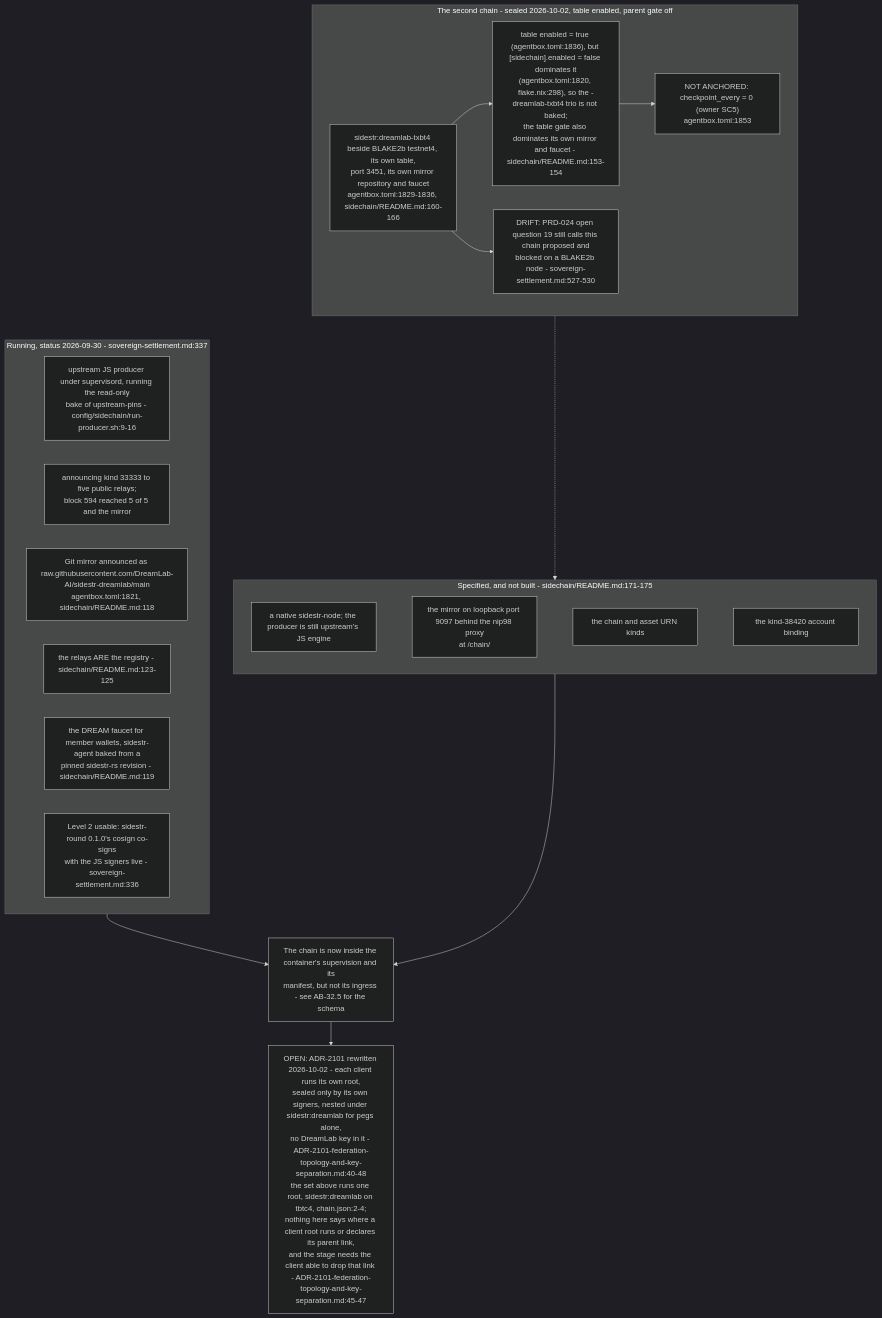
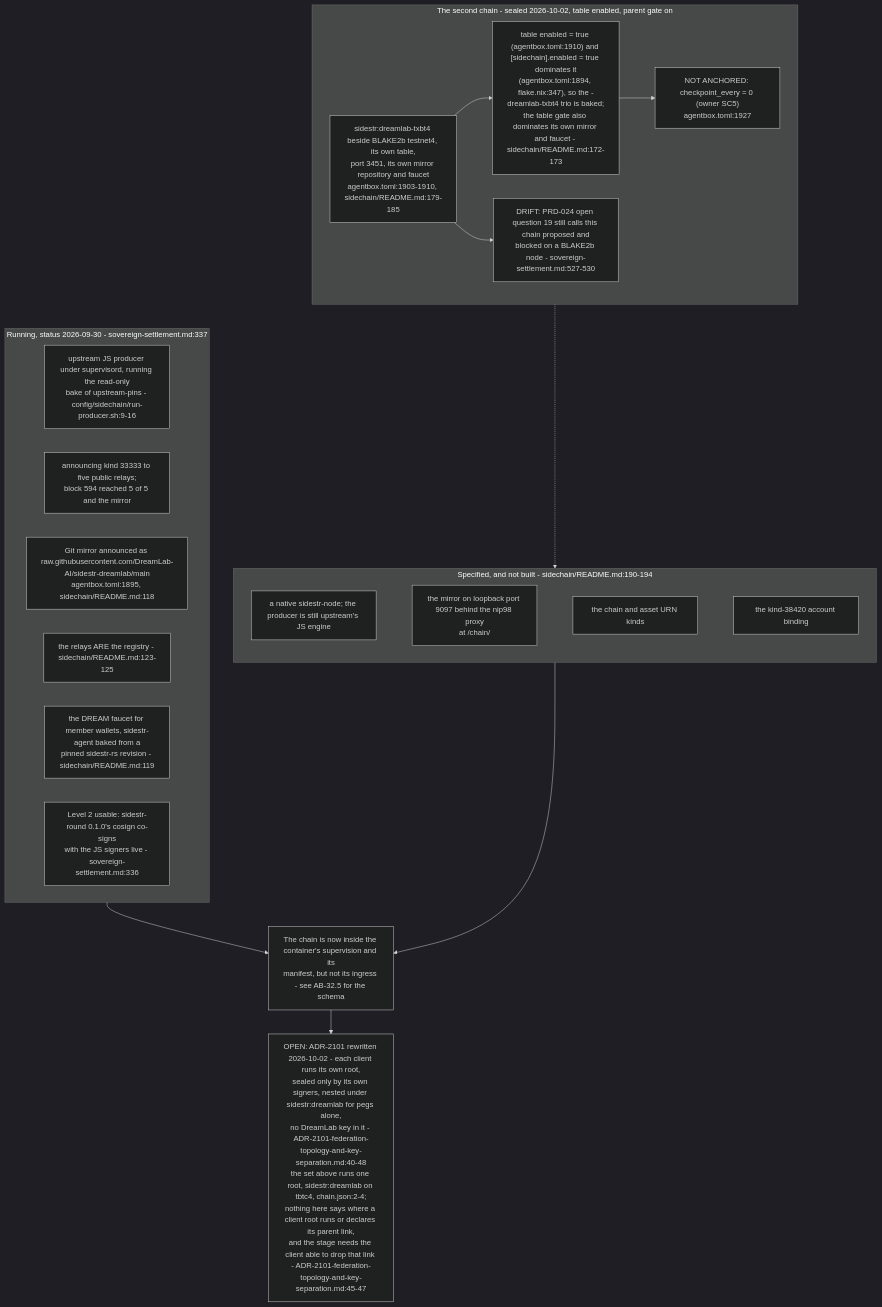
The fifth of 6 diagrams in docs/diagrams/agentbox/34-sidestr-interim-producer-and-mirror.md (DreamLab-AI/VisionFlow), drawn with Mermaid (dark theme) before and after one commit. The commit also changed other lines of this file and 160 other files, not shown here.

````diff
--- a/docs/diagrams/agentbox/34-sidestr-interim-producer-and-mirror.md
+++ b/docs/diagrams/agentbox/34-sidestr-interim-producer-and-mirror.md
@@ -212,30 +214,30 @@
 ```mermaid
 flowchart TB
     subgraph now["Running, status 2026-09-30 - sovereign-settlement.md:337"]
         N1["upstream JS producer under supervisord, running the read-only<br/>bake of upstream-pins - config/sidechain/run-producer.sh:9-16"]
         N2["announcing kind 33333 to five public relays;<br/>block 594 reached 5 of 5 and the mirror"]
-        N3["Git mirror announced as raw.githubusercontent.com/DreamLab-AI/sidestr-dreamlab/main<br/>agentbox.toml:1821, sidechain/README.md:118"]
+        N3["Git mirror announced as raw.githubusercontent.com/DreamLab-AI/sidestr-dreamlab/main<br/>agentbox.toml:1895, sidechain/README.md:118"]
         N4["the relays ARE the registry - sidechain/README.md:123-125"]
         N5["the DREAM faucet for member wallets, sidestr-agent baked from a<br/>pinned sidestr-rs revision - sidechain/README.md:119"]
         N6["Level 2 usable: sidestr-round 0.1.0's cosign co-signs<br/>with the JS signers live - sovereign-settlement.md:336"]
     end
-    subgraph spec["Specified, and not built - sidechain/README.md:171-175"]
+    subgraph spec["Specified, and not built - sidechain/README.md:190-194"]
         S2["a native sidestr-node; the producer is still upstream's JS engine"]
         S3["the mirror on loopback port 9097 behind the nip98 proxy<br/>at /chain/"]
         S4["the chain and asset URN kinds"]
         S5["the kind-38420 account binding"]
         S2 ~~~ S3 ~~~ S4 ~~~ S5
     end
-    subgraph next["The second chain - sealed 2026-10-02, table enabled, parent gate off"]
-        X1["sidestr:dreamlab-txbt4 beside BLAKE2b testnet4, its own table,<br/>port 3451, its own mirror repository and faucet<br/>agentbox.toml:1829-1836, sidechain/README.md:160-166"]
-        X2["table enabled = true (agentbox.toml:1836), but [sidechain].enabled = false dominates it<br/>(agentbox.toml:1820, flake.nix:298), so the -dreamlab-txbt4 trio is not baked;<br/>the table gate also dominates its own mirror and faucet - sidechain/README.md:153-154"]
-        X3["NOT ANCHORED: checkpoint_every = 0 (owner SC5)<br/>agentbox.toml:1853"]
+    subgraph next["The second chain - sealed 2026-10-02, table enabled, parent gate on"]
+        X1["sidestr:dreamlab-txbt4 beside BLAKE2b testnet4, its own table,<br/>port 3451, its own mirror repository and faucet<br/>agentbox.toml:1903-1910, sidechain/README.md:179-185"]
+        X2["table enabled = true (agentbox.toml:1910) and [sidechain].enabled = true dominates it<br/>(agentbox.toml:1894, flake.nix:347), so the -dreamlab-txbt4 trio is baked;<br/>the table gate also dominates its own mirror and faucet - sidechain/README.md:172-173"]
+        X3["NOT ANCHORED: checkpoint_every = 0 (owner SC5)<br/>agentbox.toml:1927"]
         X4["DRIFT: PRD-024 open question 19 still calls this chain proposed and<br/>blocked on a BLAKE2b node - sovereign-settlement.md:527-530"]
         X1 --> X2 --> X3
         X1 --> X4
     end
     now --> GAP["The chain is now inside the container's supervision and its<br/>manifest, but not its ingress - see AB-32.5 for the schema"]
     spec --> GAP
     next -.-> spec
     GAP --> FED["OPEN: ADR-2101 rewritten 2026-10-02 - each client runs its own root,<br/>sealed only by its own signers, nested under sidestr:dreamlab for pegs alone,<br/>no DreamLab key in it - ADR-2101-federation-topology-and-key-separation.md:40-48<br/>the set above runs one root, sidestr:dreamlab on tbtc4, chain.json:2-4;<br/>nothing here says where a client root runs or declares its parent link,<br/>and the stage needs the client able to drop that link - ADR-2101-federation-topology-and-key-separation.md:45-47"]
 ```
````
